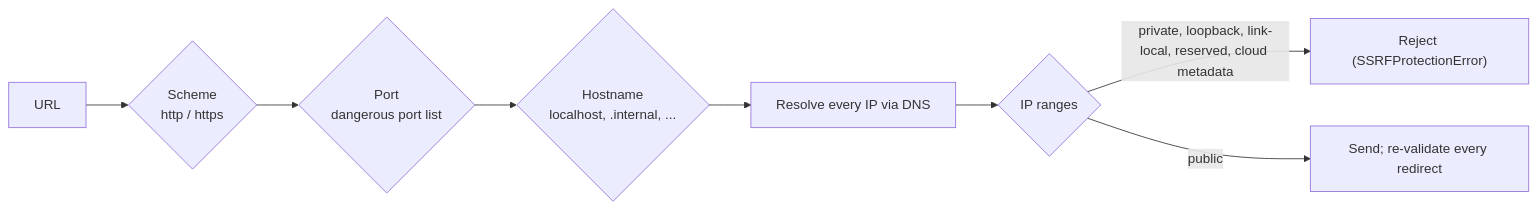
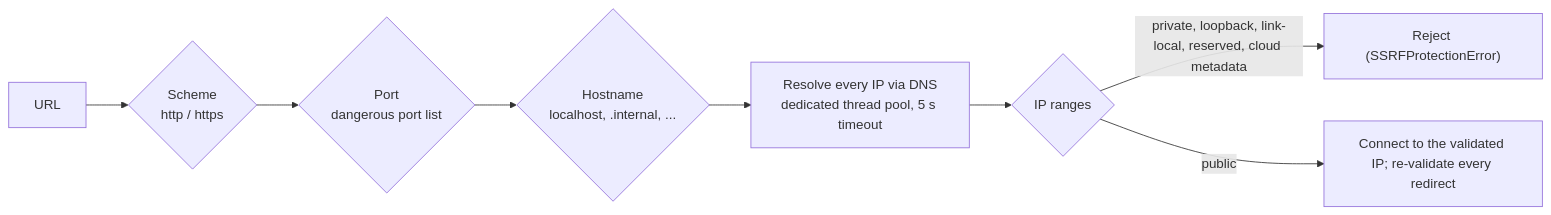
One commit to Scorpio-meow/AskMiao changed the ninth of 9 diagrams in docs/architecture_en.md. Above: the diagram before and after it, drawn with Mermaid. The commit also changed other lines of this file and 84 other files, not shown here.

````diff
--- a/docs/architecture_en.md
+++ b/docs/architecture_en.md
@@ -511,10 +551,10 @@
 ```mermaid
 flowchart LR
     Input["URL"] --> Scheme{"Scheme<br/>http / https"}
     Scheme --> Port{"Port<br/>dangerous port list"}
     Port --> Host{"Hostname<br/>localhost, .internal, ..."}
-    Host --> Resolve["Resolve every IP via DNS"]
+    Host --> Resolve["Resolve every IP via DNS<br/>dedicated thread pool, 5 s timeout"]
     Resolve --> IPCheck{"IP ranges"}
     IPCheck -->|private, loopback, link-local, reserved, cloud metadata| Block["Reject (SSRFProtectionError)"]
-    IPCheck -->|public| Allow["Send; re-validate every redirect"]
+    IPCheck -->|public| Allow["Connect to the validated IP; re-validate every redirect"]
 ```
````
